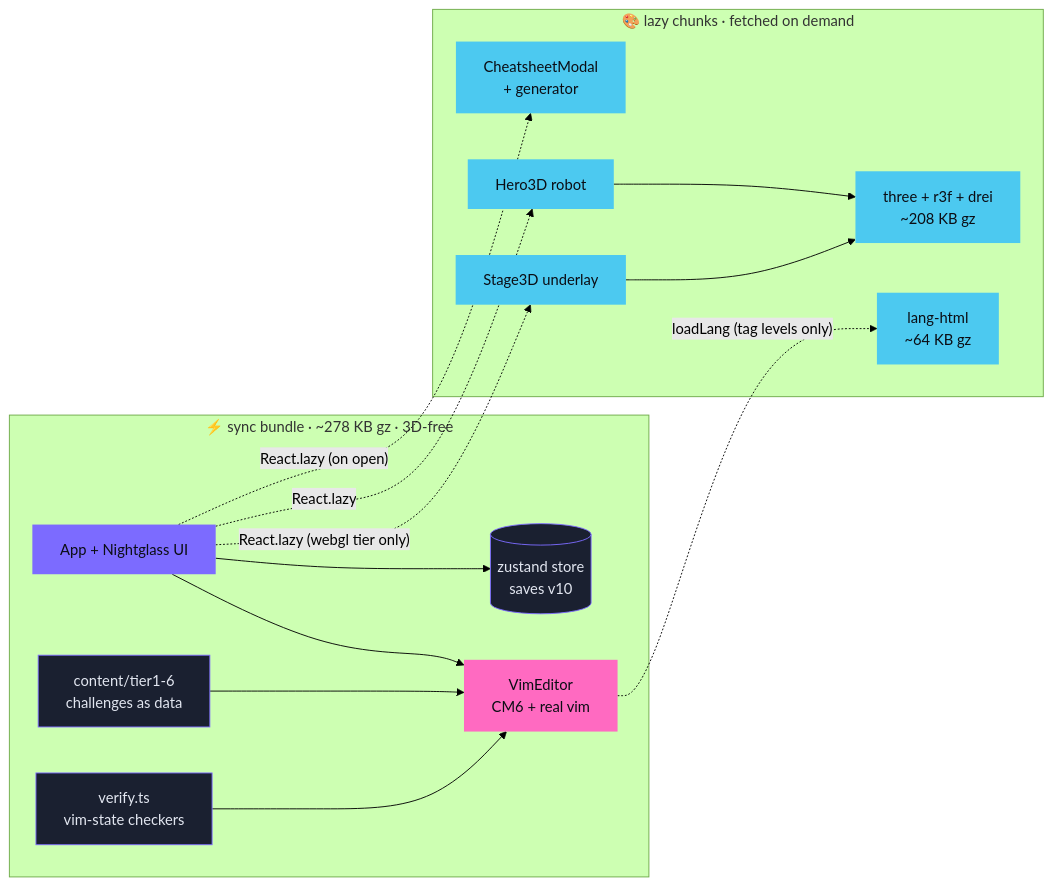
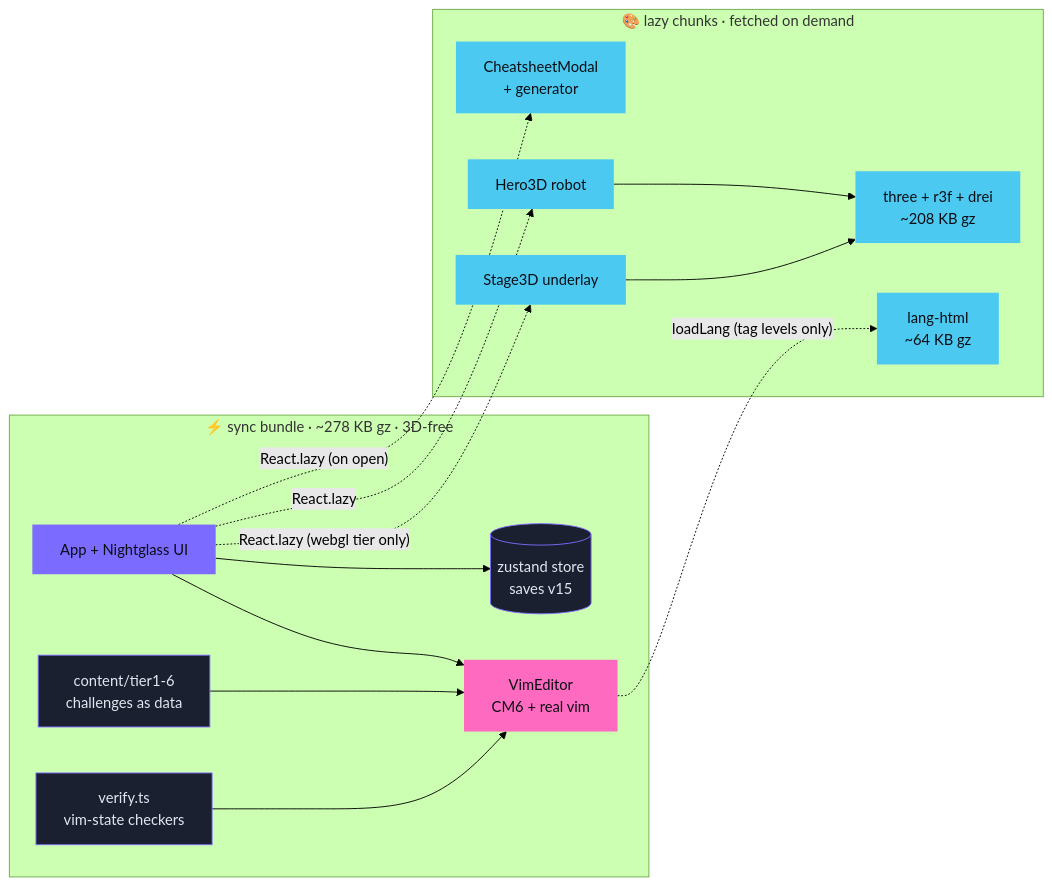
The diagram in README.md (Zeecka/Vimersion), drawn with Mermaid (forest theme) before and after one commit. The commit also changed other lines of this file, not shown here.

````diff
--- a/README.md
+++ b/README.md
@@ -156,32 +158,32 @@
 ```mermaid
 flowchart LR
     subgraph SYNC["⚡ sync bundle · ~278 KB gz · 3D-free"]
         APP[App + Nightglass UI]:::ui
         ED[VimEditor<br>CM6 + real vim]:::core
         CT[content/tier1-6<br>challenges as data]:::data
         VF[verify.ts<br>vim-state checkers]:::data
-        ST[(zustand store<br>saves v10)]:::data
+        ST[(zustand store<br>saves v15)]:::data
         CT --> ED
         VF --> ED
         APP --> ED
         APP --> ST
     end
     subgraph LAZY["🎨 lazy chunks · fetched on demand"]
         S3[Stage3D underlay]:::three
         H3[Hero3D robot]:::three
         TH[three + r3f + drei<br>~208 KB gz]:::three
         LH[lang-html<br>~64 KB gz]:::three
         CS[CheatsheetModal<br>+ generator]:::three
         S3 --> TH
         H3 --> TH
     end
     APP -. "React.lazy (webgl tier only)" .-> S3
     APP -. "React.lazy" .-> H3
     APP -. "React.lazy (on open)" .-> CS
     ED -. "loadLang (tag levels only)" .-> LH
 
     classDef ui fill:#7c6bff,color:#0b0d14,stroke:none
     classDef core fill:#ff6ac1,color:#0b0d14,stroke:none
     classDef data fill:#1a2030,color:#e2e6f0,stroke:#7c6bff
     classDef three fill:#4cc9f0,color:#0b0d14,stroke:none
 ```
````
